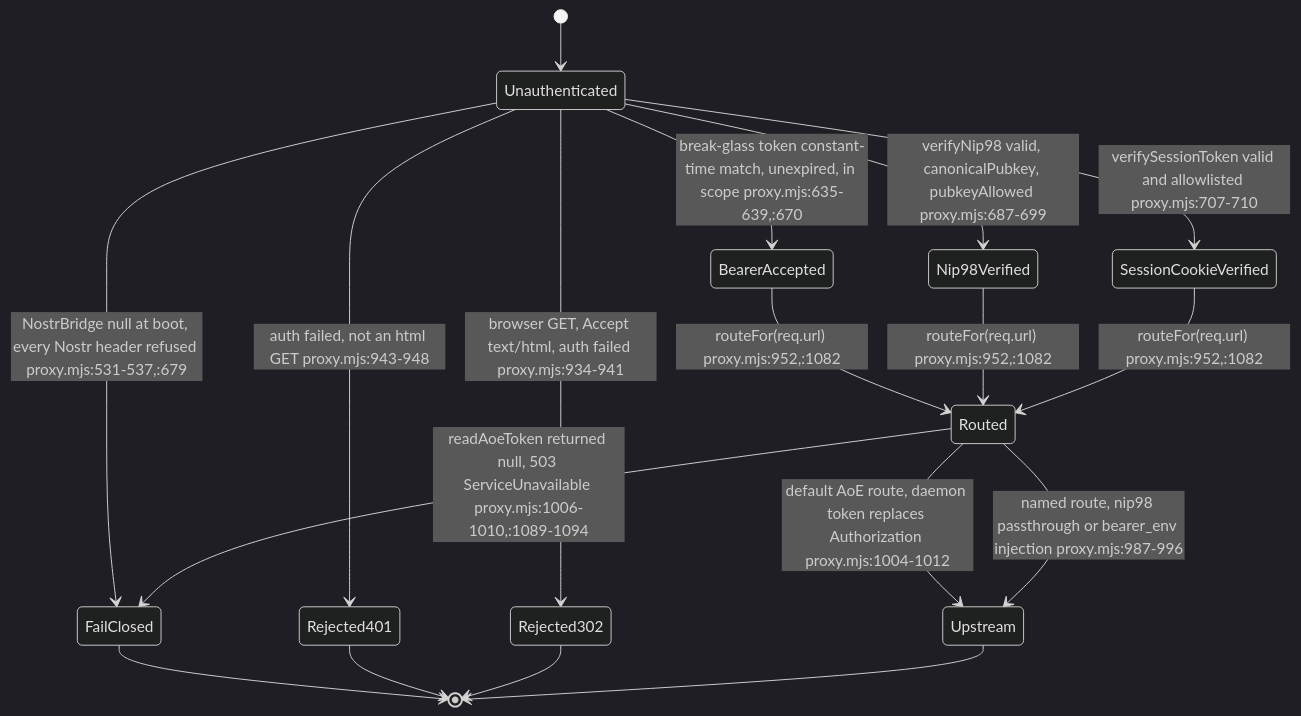
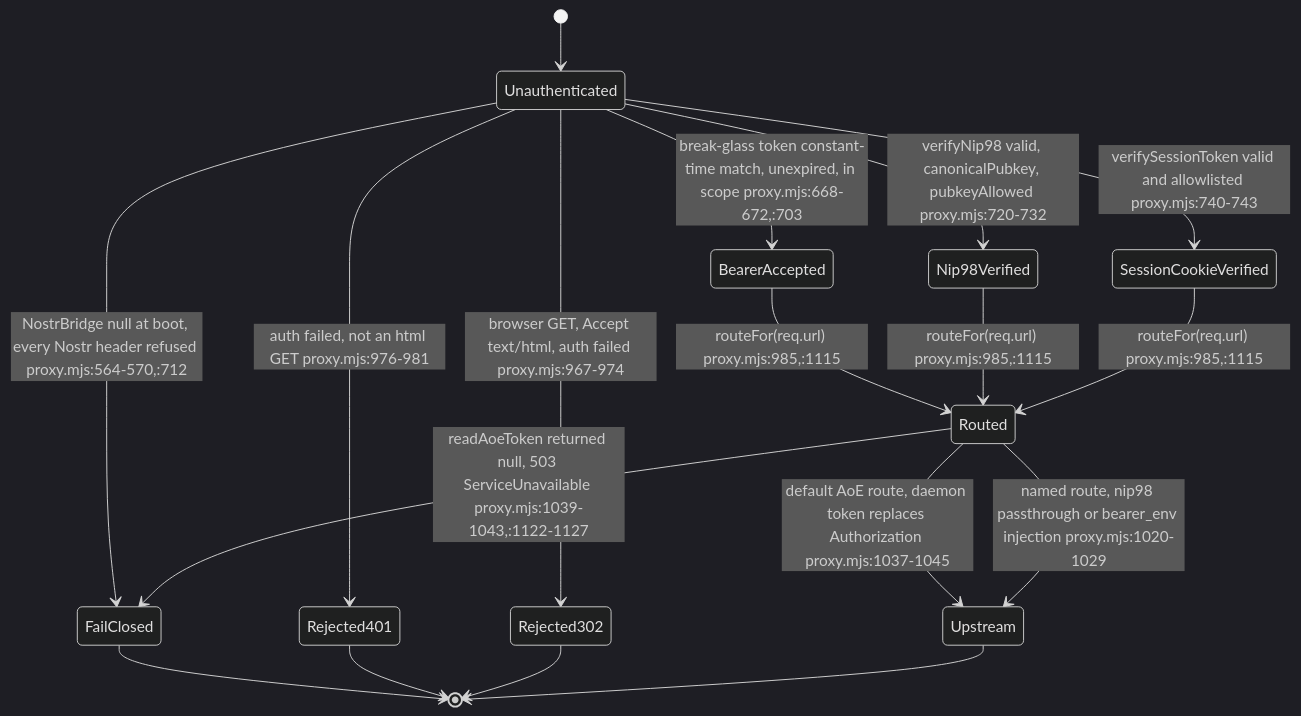
The fifth of 13 diagrams in docs/diagrams/agentbox/10-ingress-nip98-proxy-and-aoe.md (DreamLab-AI/VisionFlow), drawn with Mermaid (dark theme) before and after one commit. The commit also changed other lines of this file and 111 other files, not shown here.

Commit message:
docs(diagrams): align estate maps with current source

````diff
--- a/docs/diagrams/agentbox/10-ingress-nip98-proxy-and-aoe.md
+++ b/docs/diagrams/agentbox/10-ingress-nip98-proxy-and-aoe.md
@@ -253,20 +253,20 @@
 ```mermaid
 stateDiagram-v2
     [*] --> Unauthenticated
-    Unauthenticated --> BearerAccepted: break-glass token constant-time match, unexpired, in scope proxy.mjs:635-639,:670
-    Unauthenticated --> Nip98Verified: verifyNip98 valid, canonicalPubkey, pubkeyAllowed proxy.mjs:687-699
-    Unauthenticated --> SessionCookieVerified: verifySessionToken valid and allowlisted proxy.mjs:707-710
-    Unauthenticated --> Rejected302: browser GET, Accept text/html, auth failed proxy.mjs:934-941
-    Unauthenticated --> Rejected401: auth failed, not an html GET proxy.mjs:943-948
-    Unauthenticated --> FailClosed: NostrBridge null at boot, every Nostr header refused proxy.mjs:531-537,:679
-    BearerAccepted --> Routed: routeFor(req.url) proxy.mjs:952,:1082
-    Nip98Verified --> Routed: routeFor(req.url) proxy.mjs:952,:1082
-    SessionCookieVerified --> Routed: routeFor(req.url) proxy.mjs:952,:1082
-    Routed --> Upstream: default AoE route, daemon token replaces Authorization proxy.mjs:1004-1012
-    Routed --> Upstream: named route, nip98 passthrough or bearer_env injection proxy.mjs:987-996
-    Routed --> FailClosed: readAoeToken returned null, 503 ServiceUnavailable proxy.mjs:1006-1010,:1089-1094
+    Unauthenticated --> BearerAccepted: break-glass token constant-time match, unexpired, in scope proxy.mjs:668-672,:703
+    Unauthenticated --> Nip98Verified: verifyNip98 valid, canonicalPubkey, pubkeyAllowed proxy.mjs:720-732
+    Unauthenticated --> SessionCookieVerified: verifySessionToken valid and allowlisted proxy.mjs:740-743
+    Unauthenticated --> Rejected302: browser GET, Accept text/html, auth failed proxy.mjs:967-974
+    Unauthenticated --> Rejected401: auth failed, not an html GET proxy.mjs:976-981
+    Unauthenticated --> FailClosed: NostrBridge null at boot, every Nostr header refused proxy.mjs:564-570,:712
+    BearerAccepted --> Routed: routeFor(req.url) proxy.mjs:985,:1115
+    Nip98Verified --> Routed: routeFor(req.url) proxy.mjs:985,:1115
+    SessionCookieVerified --> Routed: routeFor(req.url) proxy.mjs:985,:1115
+    Routed --> Upstream: default AoE route, daemon token replaces Authorization proxy.mjs:1037-1045
+    Routed --> Upstream: named route, nip98 passthrough or bearer_env injection proxy.mjs:1020-1029
+    Routed --> FailClosed: readAoeToken returned null, 503 ServiceUnavailable proxy.mjs:1039-1043,:1122-1127
     FailClosed --> [*]
     Rejected401 --> [*]
     Rejected302 --> [*]
     Upstream --> [*]
 ```
````
